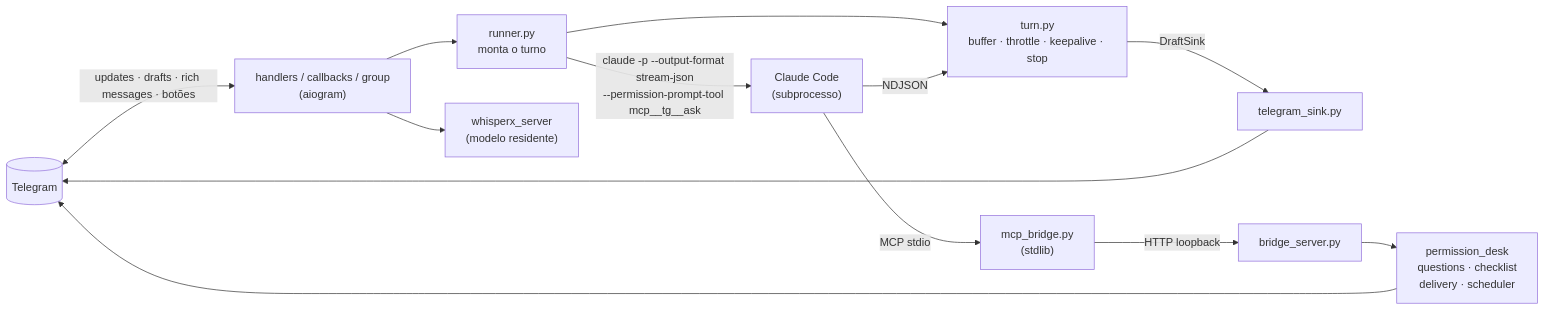
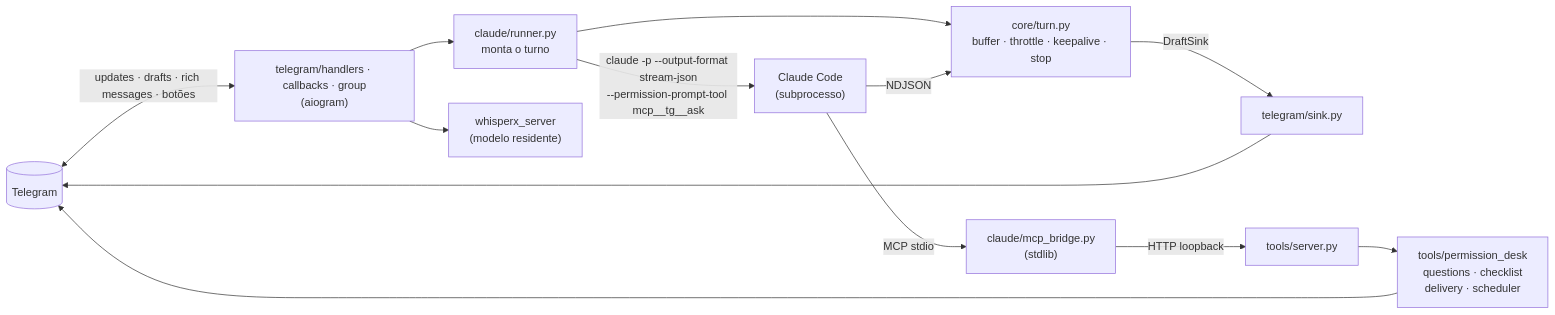
The diagram in README.md (correaschneider/claude-telegram-bot-v2), drawn with Mermaid before and after one commit. The commit also changed other lines of this file and 47 other files, not shown here.

First line of the commit message:
refactor: src layout — pacote tgclaude com subpacotes core/claude/tools/telegram

````diff
--- a/README.md
+++ b/README.md
@@ -106,15 +106,15 @@
 ```mermaid
 flowchart LR
-    TG[("Telegram")] <-- "updates · drafts · rich messages · botões" --> H["handlers / callbacks / group<br/>(aiogram)"]
-    H --> R["runner.py<br/>monta o turno"]
-    R --> T["turn.py<br/>buffer · throttle · keepalive · stop"]
-    T -- "DraftSink" --> S["telegram_sink.py"]
+    TG[("Telegram")] <-- "updates · drafts · rich messages · botões" --> H["telegram/handlers · callbacks · group<br/>(aiogram)"]
+    H --> R["claude/runner.py<br/>monta o turno"]
+    R --> T["core/turn.py<br/>buffer · throttle · keepalive · stop"]
+    T -- "DraftSink" --> S["telegram/sink.py"]
     S --> TG
     R -- "claude -p --output-format stream-json<br/>--permission-prompt-tool mcp__tg__ask" --> C["Claude Code<br/>(subprocesso)"]
     C -- "NDJSON" --> T
-    C -- "MCP stdio" --> B["mcp_bridge.py<br/>(stdlib)"]
-    B -- "HTTP loopback" --> BS["bridge_server.py"]
-    BS --> PD["permission_desk<br/>questions · checklist<br/>delivery · scheduler"]
+    C -- "MCP stdio" --> B["claude/mcp_bridge.py<br/>(stdlib)"]
+    B -- "HTTP loopback" --> BS["tools/server.py"]
+    BS --> PD["tools/permission_desk<br/>questions · checklist<br/>delivery · scheduler"]
     PD --> TG
     H --> W["whisperx_server<br/>(modelo residente)"]
 ```
````
